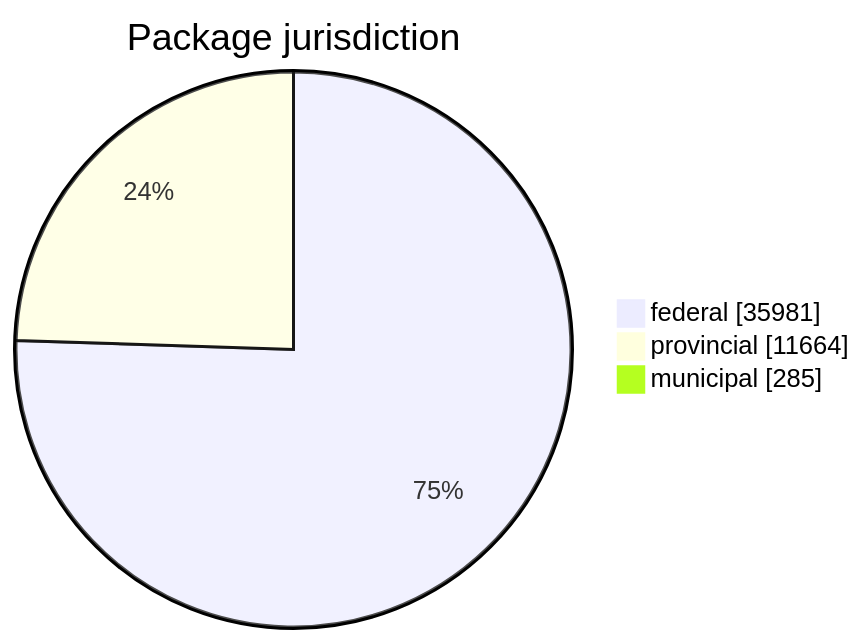
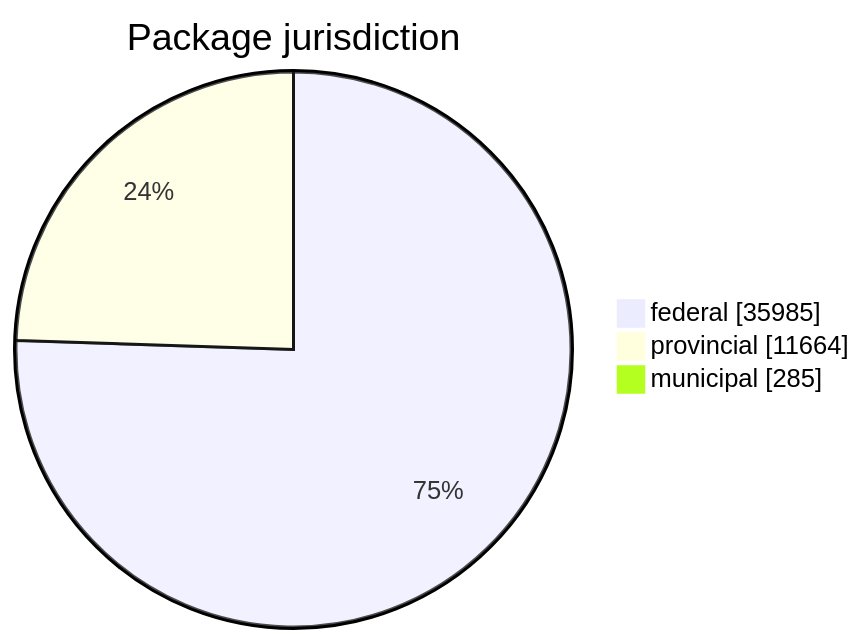
One commit to open-data/analytics-corporate-reporting changed the first of 5 diagrams in FreshCheck/README.md. Above: the diagram before and after it, drawn with Mermaid. The commit also changed other lines of this file and 3 other files, not shown here.

````diff
--- a/FreshCheck/README.md
+++ b/FreshCheck/README.md
@@ -60,6 +60,6 @@
 ```mermaid
 pie showData title Package jurisdiction
-    "federal": 35981
+    "federal": 35985
     "provincial": 11664
     "municipal": 285
 ```
````
